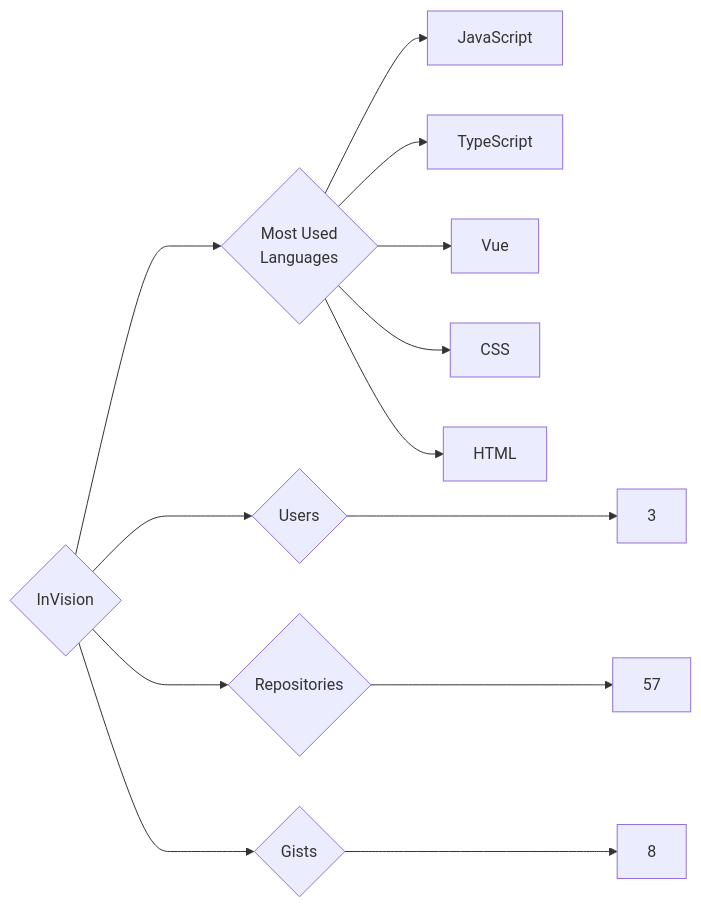
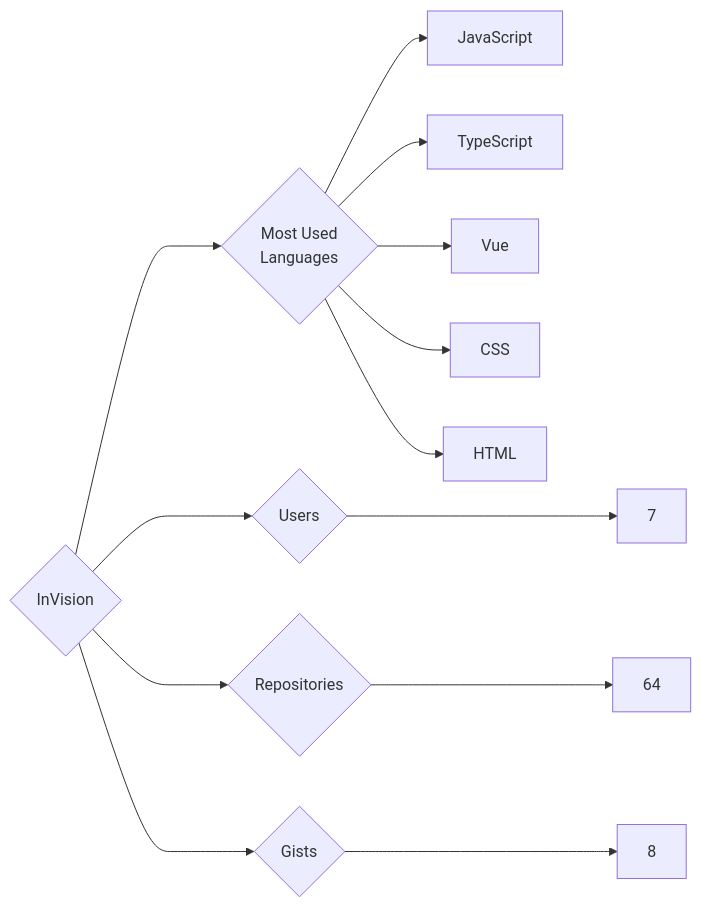
One commit to trickest/insiders changed the diagram in targets/InVision/README.md. Above: the diagram before and after it, drawn with Mermaid. The commit also changed 640 other files, not shown here.

````diff
--- a/targets/InVision/README.md
+++ b/targets/InVision/README.md
@@ -3,13 +3,13 @@
 ```mermaid
 graph LR
 COMPANY_NAME{InVision}
-COMPANY_NAME ---> U{Users} ---> UN[3]
-COMPANY_NAME ---> R{Repositories} ---> RN[57]
+COMPANY_NAME ---> U{Users} ---> UN[7]
+COMPANY_NAME ---> R{Repositories} ---> RN[64]
 COMPANY_NAME ---> G{Gists} ---> GN[8]
 COMPANY_NAME ---> ML{Most Used<br>Languages}
 ML --> JavaScript[JavaScript]
 ML --> TypeScript[TypeScript]
 ML --> Vue[Vue]
 ML --> CSS[CSS]
 ML --> HTML[HTML]
 ```
````
